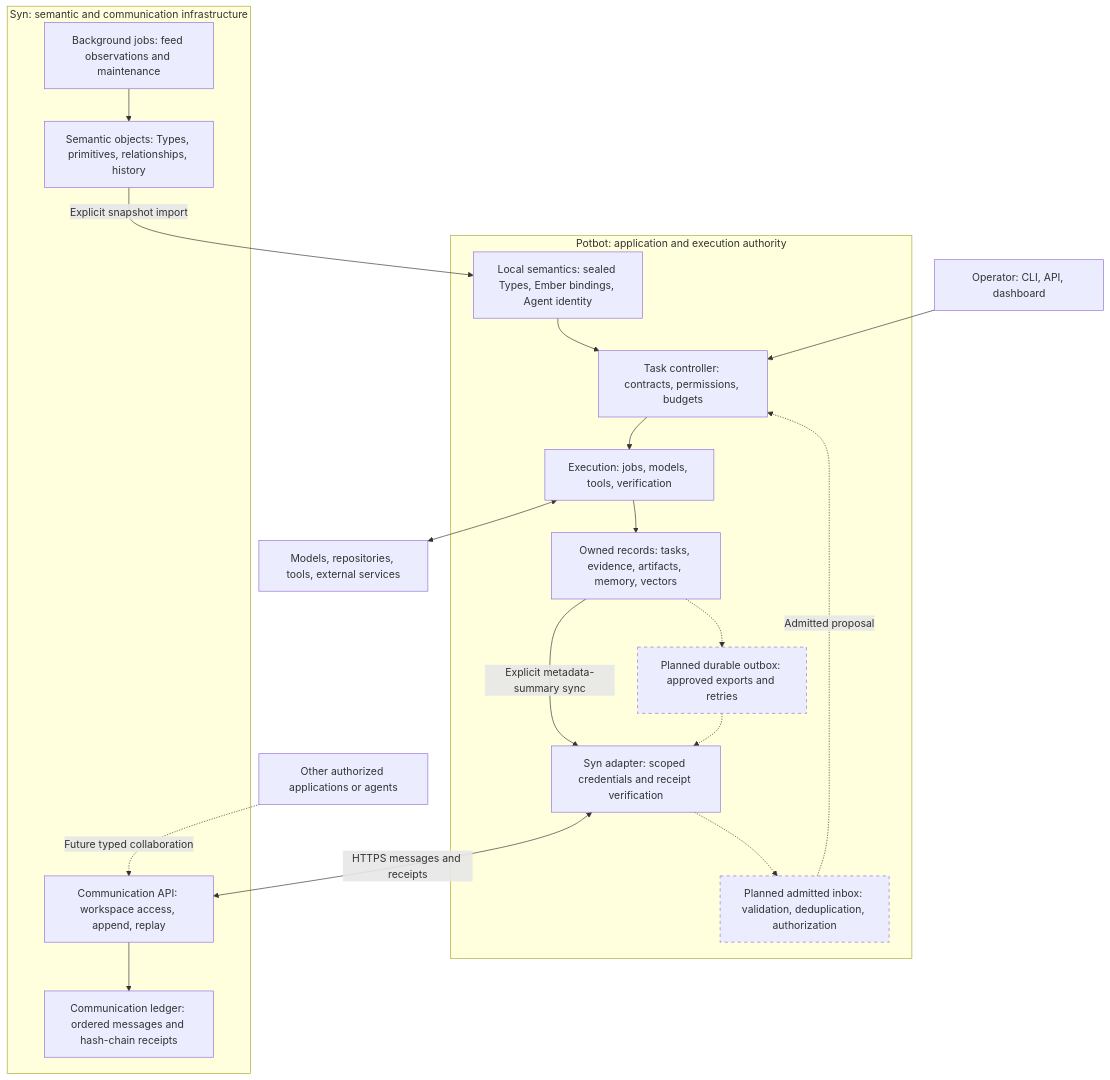
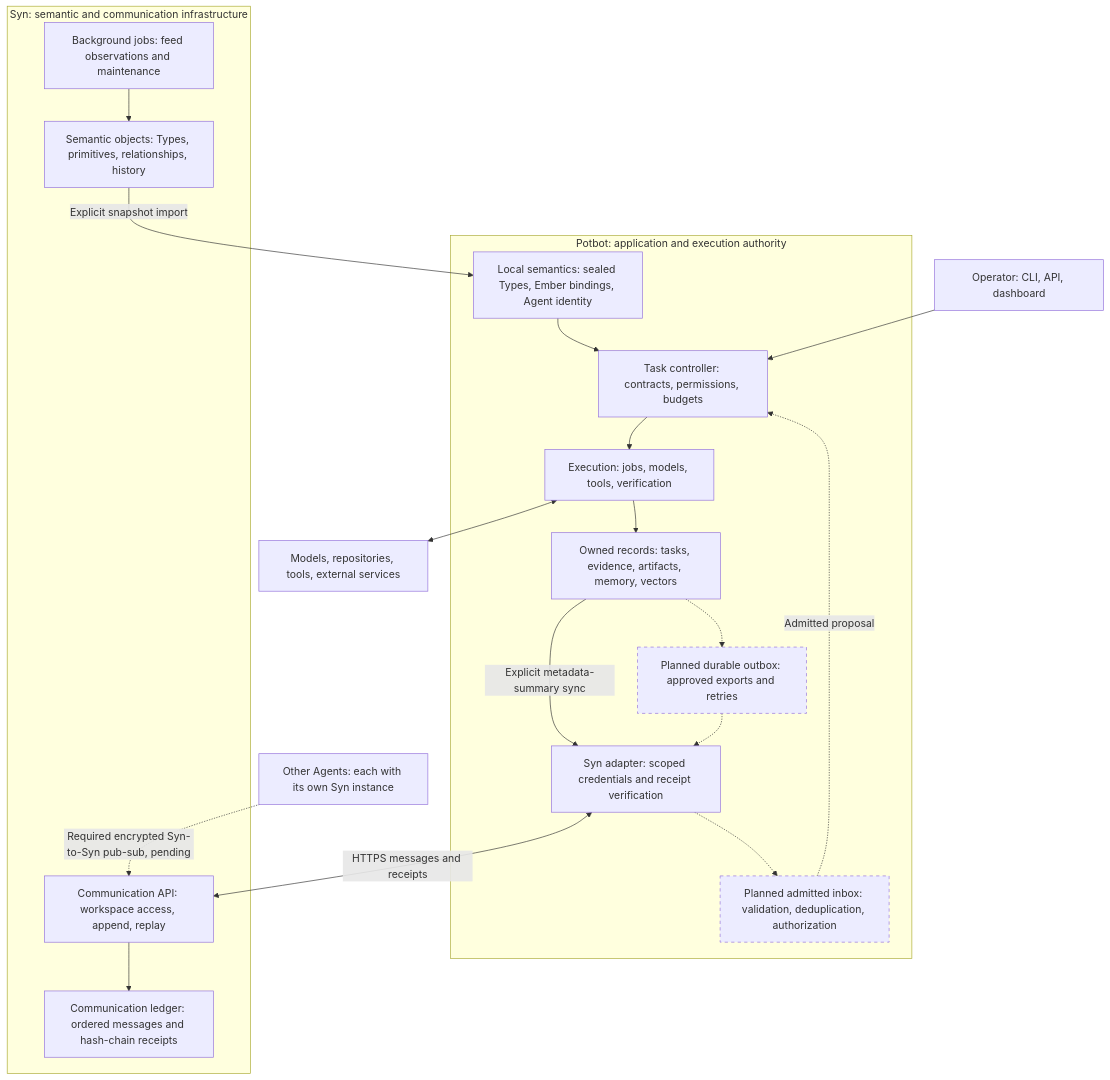
Before and after one commit to kieransimkin/potbot: the diagram in docs/implementation/09-syn-potbot-architecture.md, drawn with Mermaid. The commit also changed other lines of this file and 6 other files, not shown here.

Commit message:
Require one Syn instance per Agent with private encrypted pubsub

````diff
--- a/docs/implementation/09-syn-potbot-architecture.md
+++ b/docs/implementation/09-syn-potbot-architecture.md
@@ -19,38 +27,38 @@
 ```mermaid
 flowchart TB
     USER["Operator: CLI, API, dashboard"]
     subgraph POTBOT["Potbot: application and execution authority"]
         CONTROL["Task controller: contracts, permissions, budgets"]
         EXEC["Execution: jobs, models, tools, verification"]
         SEM["Local semantics: sealed Types, Ember bindings, Agent identity"]
         DATA["Owned records: tasks, evidence, artifacts, memory, vectors"]
         CLIENT["Syn adapter: scoped credentials and receipt verification"]
         OUTBOX["Planned durable outbox: approved exports and retries"]
         INBOX["Planned admitted inbox: validation, deduplication, authorization"]
         SEM --> CONTROL
         CONTROL --> EXEC
         EXEC --> DATA
         DATA -->|Explicit metadata-summary sync| CLIENT
         DATA -.-> OUTBOX
         OUTBOX -.-> CLIENT
         CLIENT -.-> INBOX
         INBOX -.->|Admitted proposal| CONTROL
     end
     subgraph SYN["Syn: semantic and communication infrastructure"]
         API["Communication API: workspace access, append, replay"]
         LEDGER["Communication ledger: ordered messages and hash-chain receipts"]
         GRAPH["Semantic objects: Types, primitives, relationships, history"]
         FEEDS["Background jobs: feed observations and maintenance"]
         API --> LEDGER
         FEEDS --> GRAPH
     end
     EXTERNAL["Models, repositories, tools, external services"]
-    PEERS["Other authorized applications or agents"]
+    PEERS["Other Agents: each with its own Syn instance"]
     USER --> CONTROL
     EXEC <--> EXTERNAL
     CLIENT <-->|HTTPS messages and receipts| API
     GRAPH -->|Explicit snapshot import| SEM
-    PEERS -.->|Future typed collaboration| API
+    PEERS -.->|Required encrypted Syn-to-Syn pub-sub, pending| API
     style OUTBOX stroke-dasharray: 5 5
     style INBOX stroke-dasharray: 5 5
 ```
````
